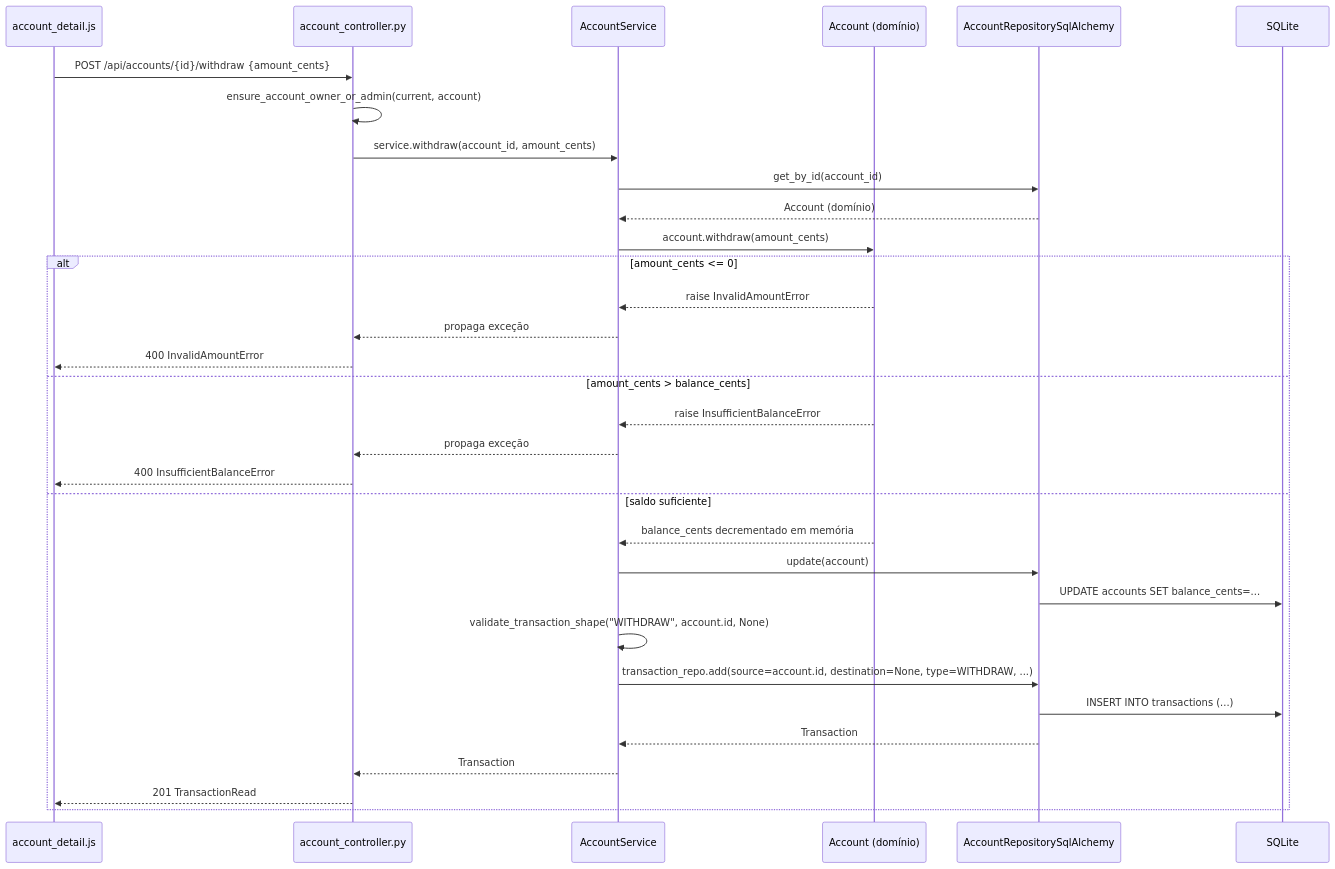
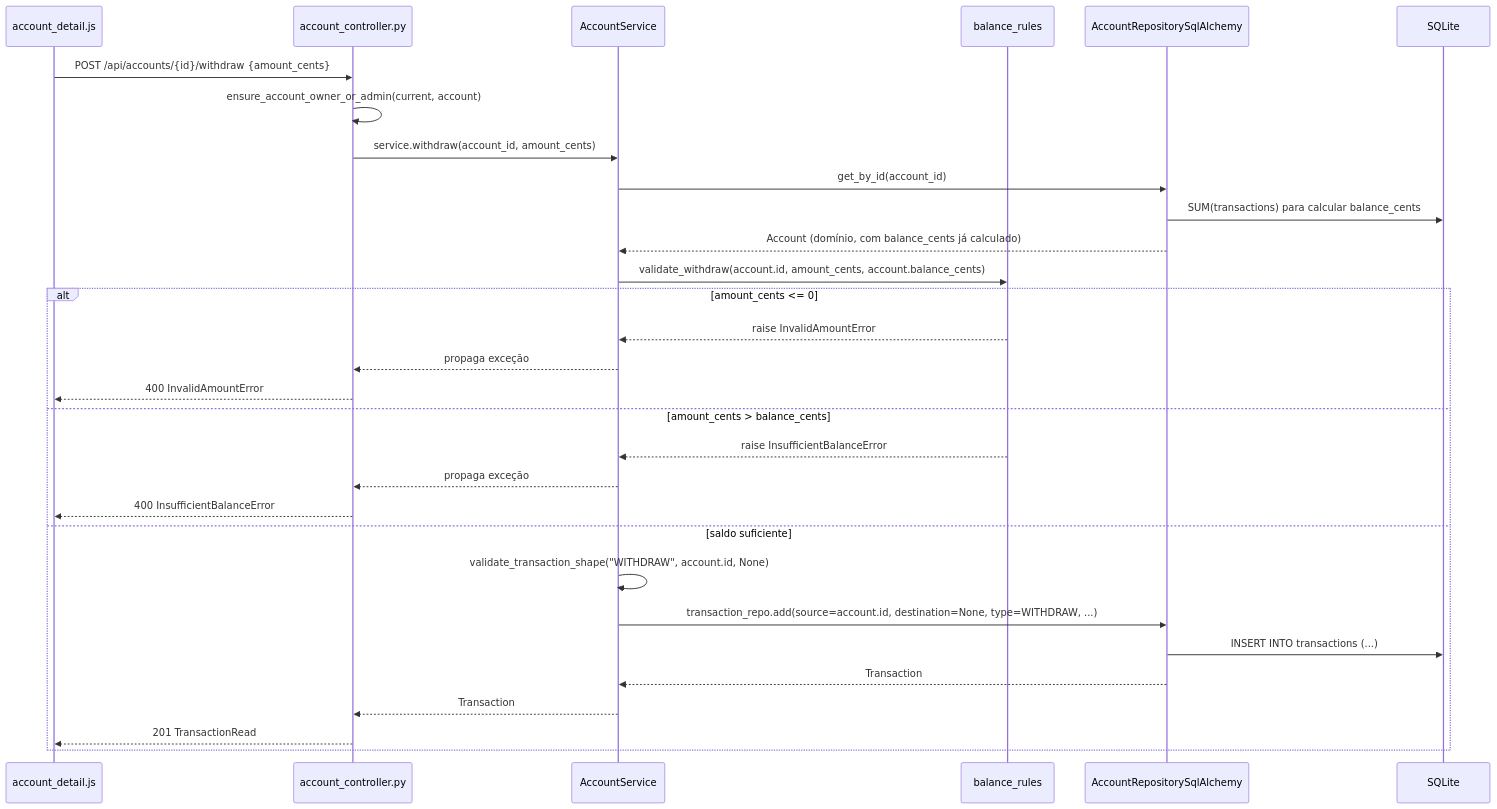
Before and after one commit to Henrique-CBueno/CP4---Python: the second of 3 diagrams in docs/final/07-fluxos-principais.md, drawn with Mermaid. The commit also changed other lines of this file and 5 other files, not shown here.

````diff
--- a/docs/final/07-fluxos-principais.md
+++ b/docs/final/07-fluxos-principais.md
@@ -119,35 +121,33 @@
 ```mermaid
 sequenceDiagram
     participant JS as account_detail.js
     participant C as account_controller.py
     participant S as AccountService
-    participant D as Account (domínio)
+    participant BR as balance_rules
     participant R as AccountRepositorySqlAlchemy
     participant DB as SQLite
 
     JS->>C: POST /api/accounts/{id}/withdraw {amount_cents}
     C->>C: ensure_account_owner_or_admin(current, account)
     C->>S: service.withdraw(account_id, amount_cents)
     S->>R: get_by_id(account_id)
-    R-->>S: Account (domínio)
-    S->>D: account.withdraw(amount_cents)
+    R->>DB: SUM(transactions) para calcular balance_cents
+    R-->>S: Account (domínio, com balance_cents já calculado)
+    S->>BR: validate_withdraw(account.id, amount_cents, account.balance_cents)
     alt amount_cents <= 0
-        D-->>S: raise InvalidAmountError
+        BR-->>S: raise InvalidAmountError
         S-->>C: propaga exceção
         C-->>JS: 400 InvalidAmountError
     else amount_cents > balance_cents
-        D-->>S: raise InsufficientBalanceError
+        BR-->>S: raise InsufficientBalanceError
         S-->>C: propaga exceção
         C-->>JS: 400 InsufficientBalanceError
     else saldo suficiente
-        D-->>S: balance_cents decrementado em memória
-        S->>R: update(account)
-        R->>DB: UPDATE accounts SET balance_cents=...
         S->>S: validate_transaction_shape("WITHDRAW", account.id, None)
         S->>R: transaction_repo.add(source=account.id, destination=None, type=WITHDRAW, ...)
         R->>DB: INSERT INTO transactions (...)
         R-->>S: Transaction
         S-->>C: Transaction
         C-->>JS: 201 TransactionRead
     end
 ```
````
